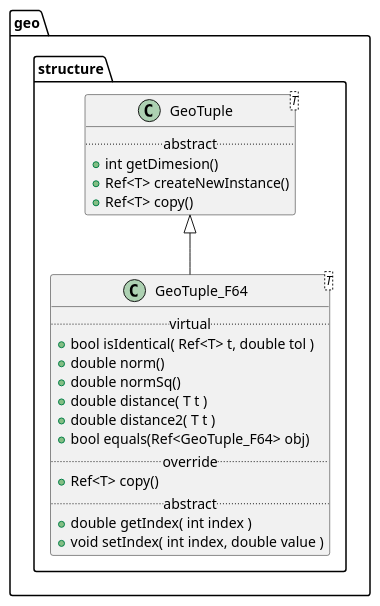
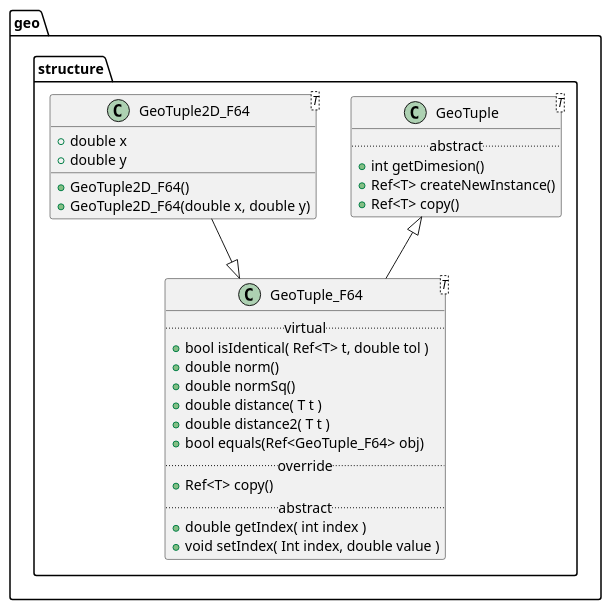
Before and after one commit to ellery92/boofcvcpp: the diagram in geo.plantuml, drawn with PlantUML. The commit also changed 58 other files, not shown here.

```diff
--- a/geo.plantuml
+++ b/geo.plantuml
@@ -1,29 +1,37 @@
 @startuml
 namespace geo.structure {
 
 class GeoTuple<T> {
     .. abstract ..
     +int getDimesion()
     +Ref<T> createNewInstance()
     +Ref<T> copy()
 }
 
 GeoTuple <|-- GeoTuple_F64
 class GeoTuple_F64<T> {
     .. virtual ..
     +bool isIdentical( Ref<T> t, double tol )
     +double norm()
     +double normSq()
     +double distance( T t )
     +double distance2( T t )
     +bool equals(Ref<GeoTuple_F64> obj)
     .. override ..
     +Ref<T> copy()
     .. abstract ..
     +double getIndex( int index )
-    +void setIndex( int index, double value )
+    +void setIndex( Int index, double value )
+}
+
+GeoTuple2D_F64 --|> GeoTuple_F64
+class GeoTuple2D_F64<T> {
+    +double x
+    +double y
+    +GeoTuple2D_F64()
+    +GeoTuple2D_F64(double x, double y)
 }
 
 }
 
 @enduml
```
